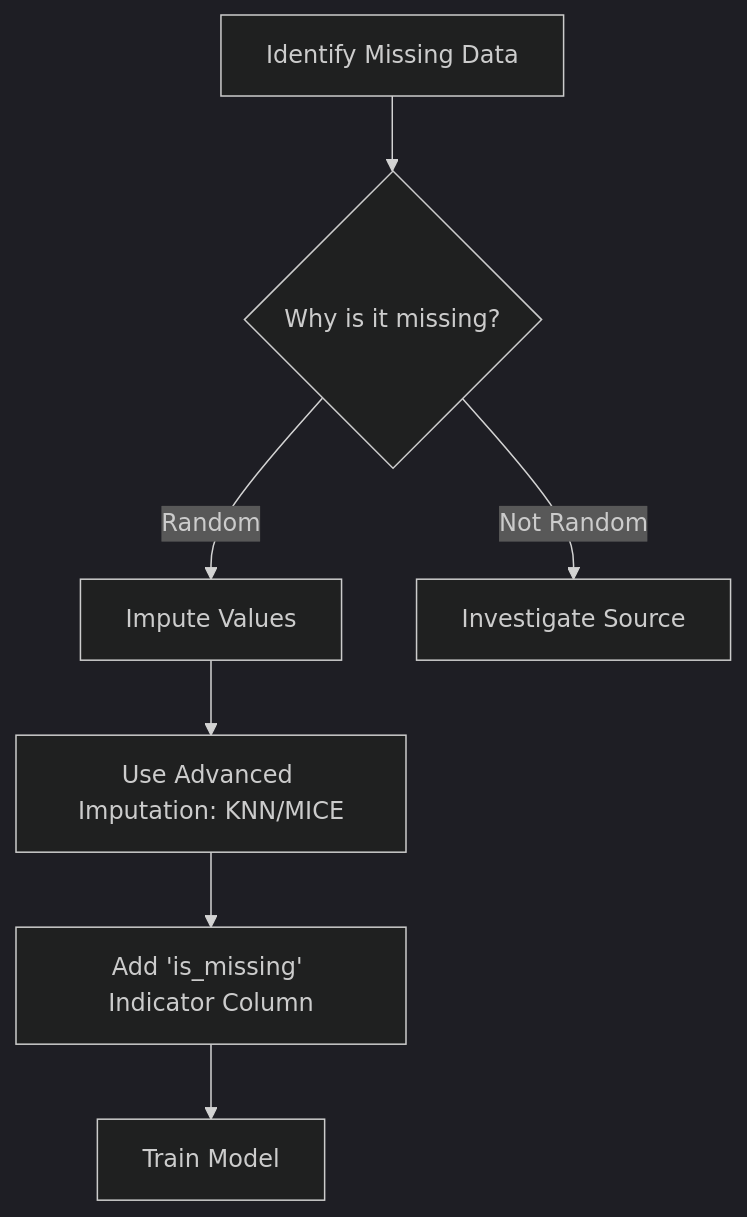
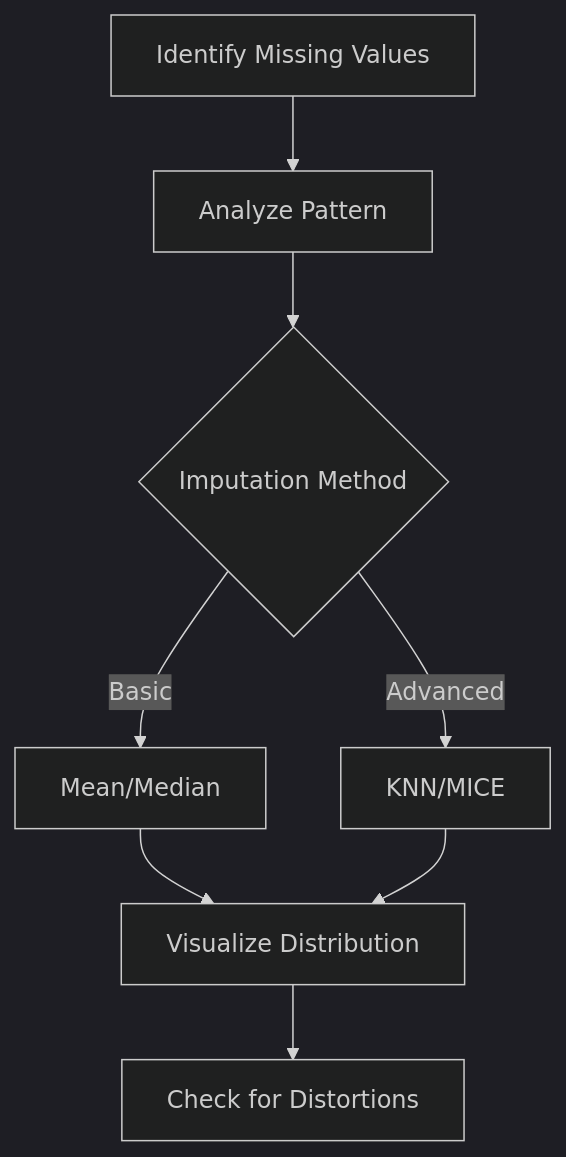
Before and after one commit to Web3Dev300/ai-journey: the first of 20 diagrams in 04_data_science/DATA_SCIENCE_ANSWERS.md, drawn with Mermaid (dark theme). The commit also changed other lines of this file and 5 other files, not shown here.

````diff
--- a/04_data_science/DATA_SCIENCE_ANSWERS.md
+++ b/04_data_science/DATA_SCIENCE_ANSWERS.md
@@ -15,9 +24,10 @@
 ```mermaid
 flowchart TD
-    A[Identify Missing Data] --> B{Why is it missing?}
-    B -->|Random| C[Impute Values]
-    B -->|Not Random| D[Investigate Source]
-    C --> E[Use Advanced Imputation: KNN/MICE]
-    E --> F[Add 'is_missing' Indicator Column]
-    F --> G[Train Model]
+    A[Identify Missing Values] --> B[Analyze Pattern]
+    B --> C{Imputation Method}
+    C -->|Basic| D[Mean/Median]
+    C -->|Advanced| E[KNN/MICE]
+    D --> F[Visualize Distribution]
+    E --> F
+    F --> G[Check for Distortions]
 ```
````
